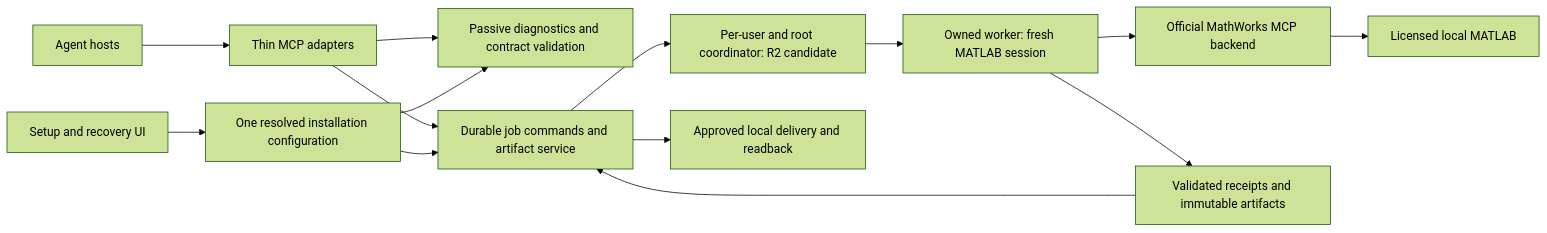
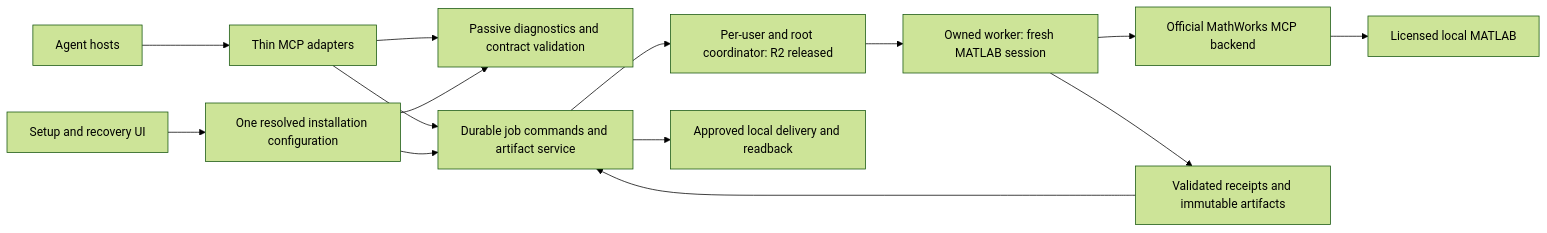
One commit to saigyujikingyo-png/matlab-companion changed the diagram in docs/NEXT_TECHNICAL_ROUTE.md. Above: the diagram before and after it, drawn with Mermaid (forest theme). The commit also changed other lines of this file and 14 other files, not shown here.

````diff
--- a/docs/NEXT_TECHNICAL_ROUTE.md
+++ b/docs/NEXT_TECHNICAL_ROUTE.md
@@ -40,16 +40,16 @@
 ```mermaid
 flowchart LR
     H[Agent hosts] --> A[Thin MCP adapters]
     U[Setup and recovery UI] --> C[One resolved installation configuration]
     A --> D[Passive diagnostics and contract validation]
     A --> J[Durable job commands and artifact service]
     C --> D
     C --> J
-    J --> S[Per-user and root coordinator: R2 candidate]
+    J --> S[Per-user and root coordinator: R2 released]
     S --> W[Owned worker: fresh MATLAB session]
     W --> B[Official MathWorks MCP backend]
     B --> M[Licensed local MATLAB]
     W --> R[Validated receipts and immutable artifacts]
     R --> J
     J --> L[Approved local delivery and readback]
 ```
````
